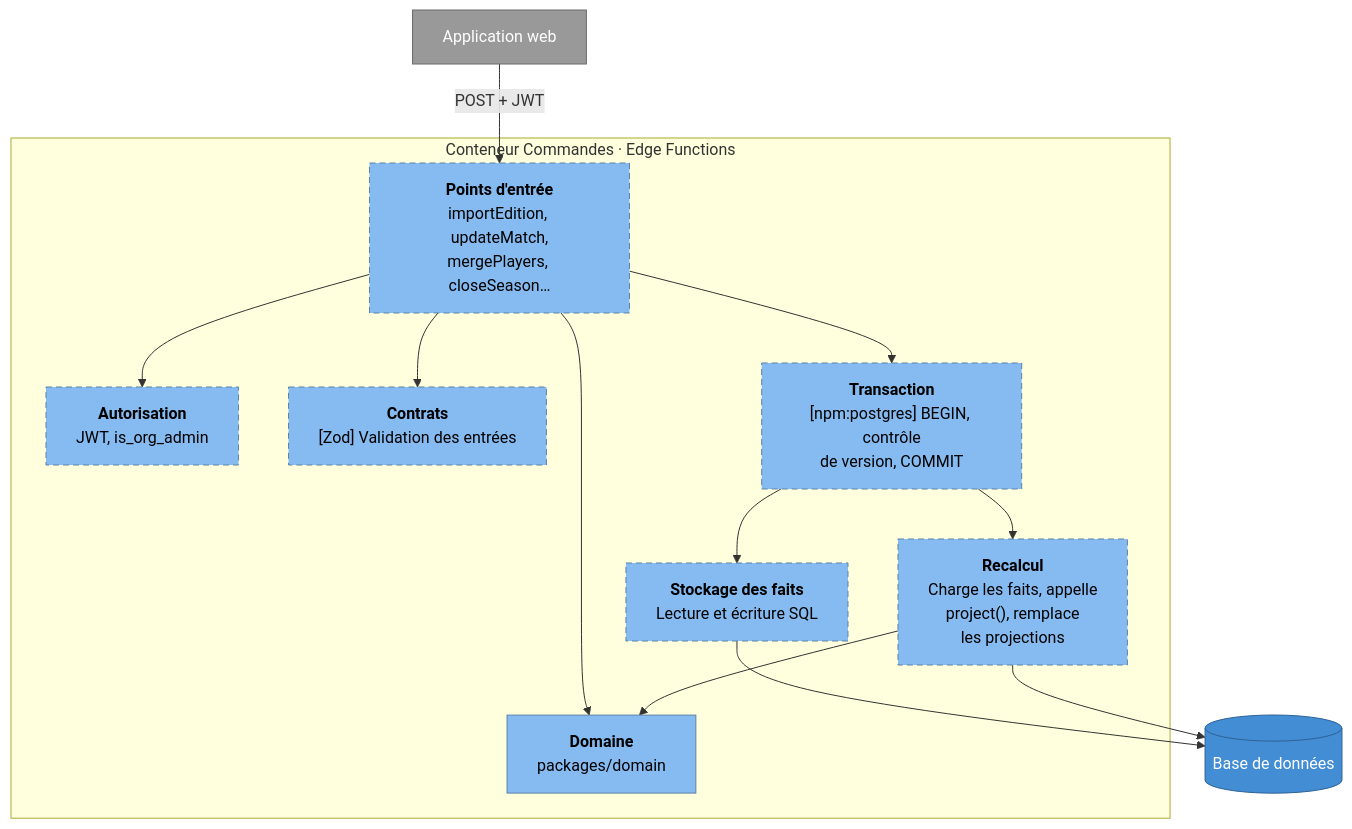
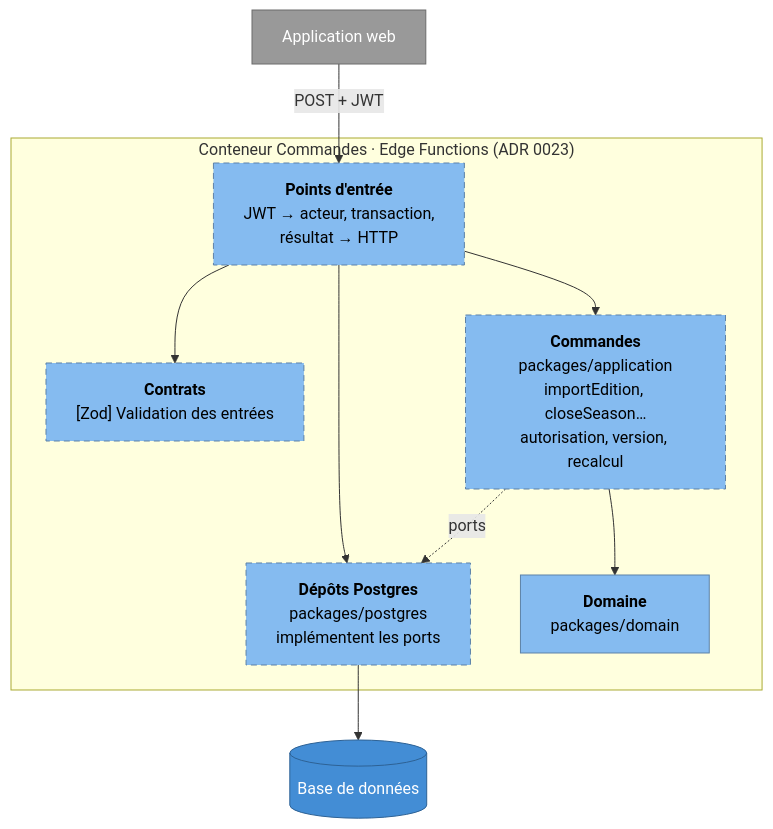
Before and after one commit to Charkx/Arrakard: the fourth of 5 diagrams in docs/architecture/c4.md, drawn with Mermaid. The commit also changed 6 other files, not shown here.

First line of the commit message:
docs(adr): les écritures en trois couches (ADR 0023)

````diff
--- a/docs/architecture/c4.md
+++ b/docs/architecture/c4.md
@@ -127,32 +127,27 @@
 ```mermaid
 flowchart TB
   classDef planned fill:#85bbf0,stroke:#5d82a8,color:#000,stroke-dasharray:6 4
   classDef component fill:#85bbf0,stroke:#5d82a8,color:#000
   classDef external fill:#999,stroke:#6b6b6b,color:#fff
   classDef db fill:#438dd5,stroke:#2e6295,color:#fff
 
   web["Application web"]:::external
 
-  subgraph commands["Conteneur Commandes · Edge Functions"]
-    handler["<b>Points d'entrée</b><br/>importEdition, updateMatch,<br/>mergePlayers, closeSeason…"]:::planned
-    authz["<b>Autorisation</b><br/>JWT, is_org_admin"]:::planned
+  subgraph commands["Conteneur Commandes · Edge Functions (ADR 0023)"]
+    handler["<b>Points d'entrée</b><br/>JWT → acteur, transaction,<br/>résultat → HTTP"]:::planned
     contracts["<b>Contrats</b><br/>[Zod] Validation des entrées"]:::planned
-    uow["<b>Transaction</b><br/>[npm:postgres] BEGIN, contrôle<br/>de version, COMMIT"]:::planned
-    store["<b>Stockage des faits</b><br/>Lecture et écriture SQL"]:::planned
-    recompute["<b>Recalcul</b><br/>Charge les faits, appelle<br/>project(), remplace<br/>les projections"]:::planned
+    app["<b>Commandes</b><br/>packages/application<br/>importEdition, closeSeason…<br/>autorisation, version, recalcul"]:::planned
+    repos["<b>Dépôts Postgres</b><br/>packages/postgres<br/>implémentent les ports"]:::planned
     domain["<b>Domaine</b><br/>packages/domain"]:::component
   end
 
   db[("Base de données")]:::db
 
   web -->|"POST + JWT"| handler
-  handler --> authz
   handler --> contracts
-  handler --> uow
-  handler --> domain
-  uow --> store
-  uow --> recompute
-  recompute --> domain
-  store --> db
-  recompute --> db
+  handler --> app
+  handler --> repos
+  app --> domain
+  app -. ports .-> repos
+  repos --> db
 ```
````
